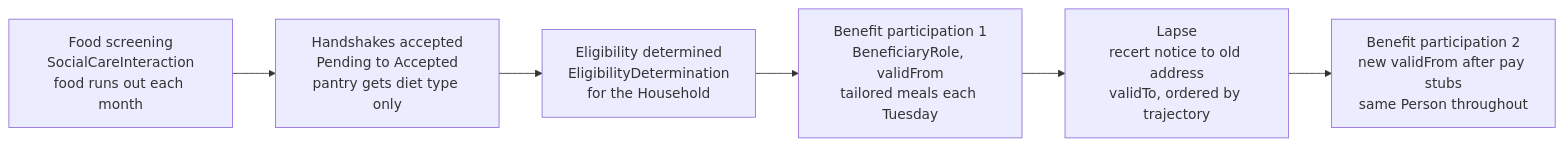
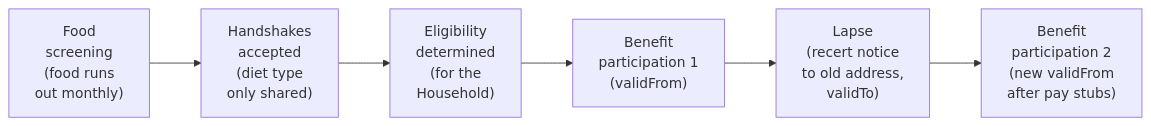
One commit to rrivilis/ucm changed the diagram in user-stories/care-team-coordination-nutrition.md. Above: the diagram before and after it, drawn with Mermaid. The commit also changed 1 other file, not shown here.

Commit message:
improving mermaid diagram formatting

````diff
--- a/user-stories/care-team-coordination-nutrition.md
+++ b/user-stories/care-team-coordination-nutrition.md
@@ -78,5 +78,6 @@
 ```mermaid
+%%{init: {"flowchart": {"htmlLabels": true, "wrappingWidth": 140, "nodeSpacing": 40, "rankSpacing": 60}}}%%
 flowchart LR
-  A1["Food screening<br/>SocialCareInteraction<br/>food runs out each month"] --> A2["Handshakes accepted<br/>Pending to Accepted<br/>pantry gets diet type only"] --> A3["Eligibility determined<br/>EligibilityDetermination<br/>for the Household"]
-  A3 --> B1["Benefit participation 1<br/>BeneficiaryRole, validFrom<br/>tailored meals each Tuesday"] --> B2["Lapse<br/>recert notice to old address<br/>validTo, ordered by trajectory"] --> B3["Benefit participation 2<br/>new validFrom after pay stubs<br/>same Person throughout"]
+  A1["Food<br/>screening<br/>(food runs<br/>out monthly)"] --> A2["Handshakes<br/>accepted<br/>(diet type<br/>only shared)"] --> A3["Eligibility<br/>determined<br/>(for the<br/>Household)"]
+  A3 --> B1["Benefit<br/>participation 1<br/>(validFrom)"] --> B2["Lapse<br/>(recert notice<br/>to old address,<br/>validTo)"] --> B3["Benefit<br/>participation 2<br/>(new validFrom<br/>after pay stubs)"]
 ```
````
